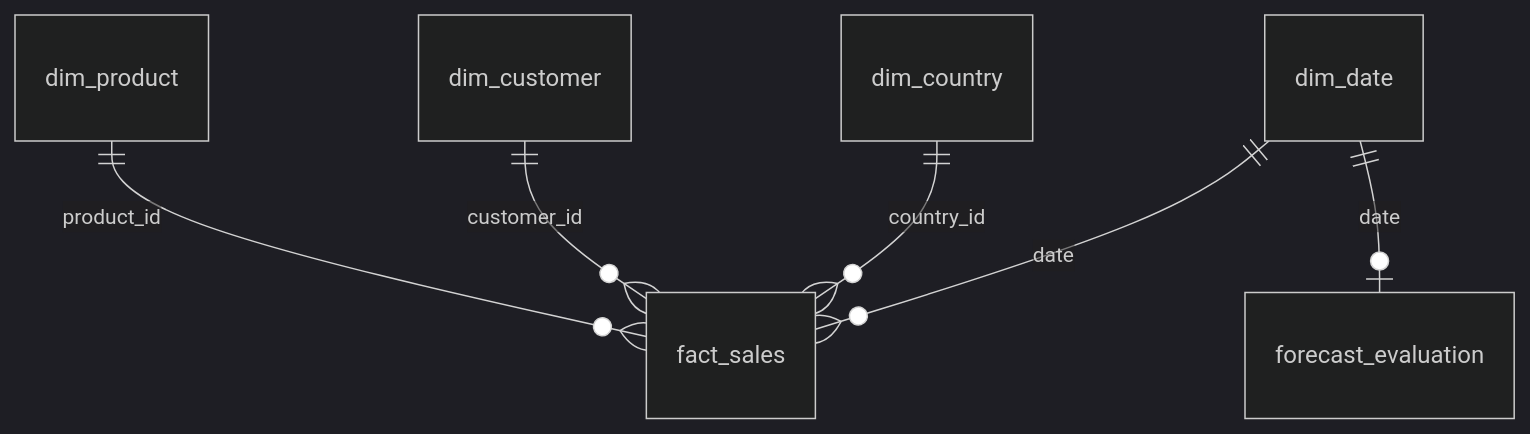
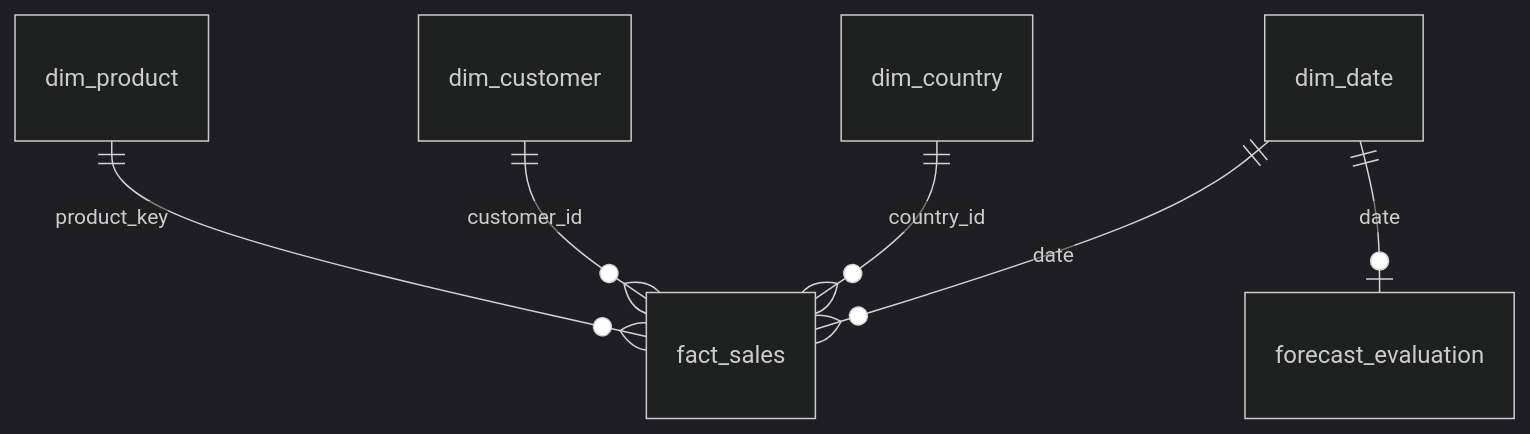
One commit to didar-ali-deed/advanced-data-analytics-ml-pipeline changed the second of 2 diagrams in README.md. Above: the diagram before and after it, drawn with Mermaid (dark theme). The commit also changed other lines of this file, not shown here.

````diff
--- a/README.md
+++ b/README.md
@@ -114,8 +146,8 @@
 ```mermaid
 erDiagram
-    dim_product ||--o{ fact_sales : product_id
+    dim_product ||--o{ fact_sales : product_key
     dim_customer ||--o{ fact_sales : customer_id
     dim_country ||--o{ fact_sales : country_id
     dim_date ||--o{ fact_sales : date
     dim_date ||--o| forecast_evaluation : date
 ```
````
